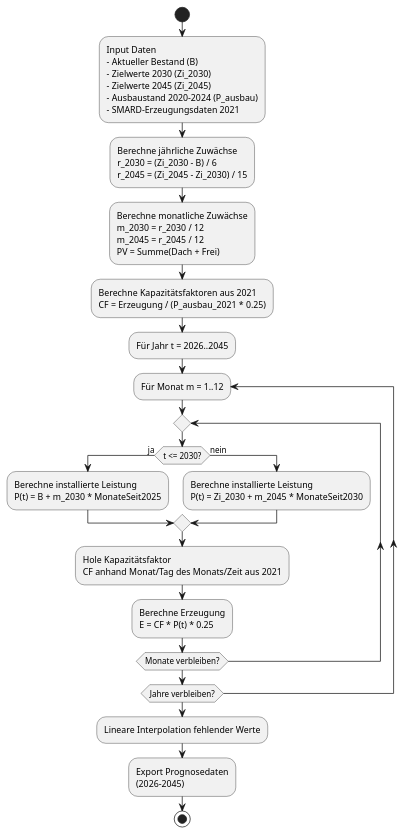
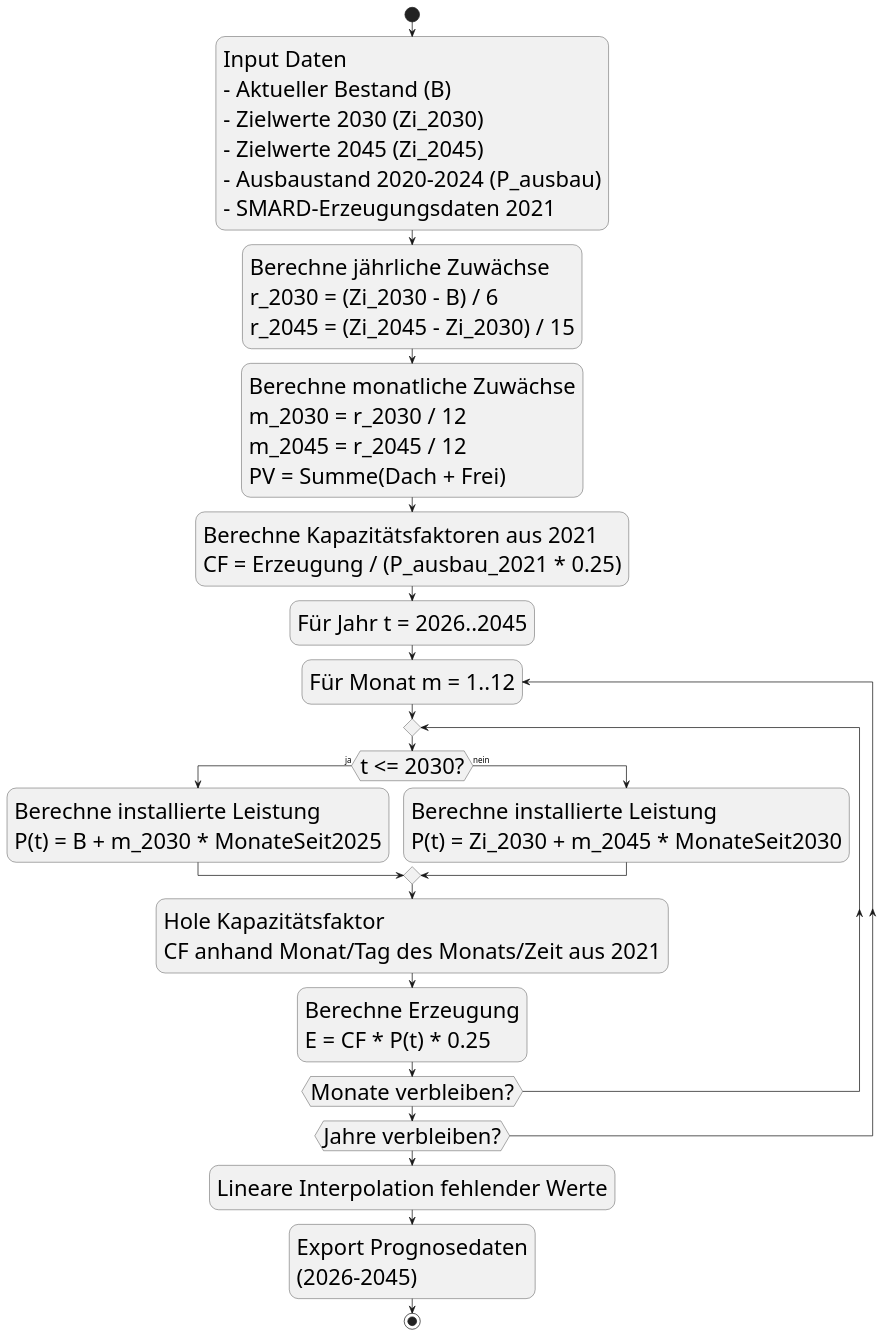
Before and after one commit to gitroi/IPJ1-Pottkieker: the diagram in Sonstiges/UML_Diagramme/Erzeugungsprognose.plantuml, drawn with PlantUML. The commit also changed 3 other files, not shown here.

Commit message:
Diagramme überarbeitet

```diff
--- a/Sonstiges/UML_Diagramme/Erzeugungsprognose.plantuml
+++ b/Sonstiges/UML_Diagramme/Erzeugungsprognose.plantuml
@@ -1,51 +1,52 @@
 @startuml Erzeugungsprognose
+skinparam ActivityFontSize 30
 start
 
 :Input Daten
 - Aktueller Bestand (B)
 - Zielwerte 2030 (Zi_2030)
 - Zielwerte 2045 (Zi_2045)
 - Ausbaustand 2020-2024 (P_ausbau)
 - SMARD-Erzeugungsdaten 2021;
 
 :Berechne jährliche Zuwächse
 r_2030 = (Zi_2030 - B) / 6
 r_2045 = (Zi_2045 - Zi_2030) / 15;
 
 :Berechne monatliche Zuwächse
 m_2030 = r_2030 / 12
 m_2045 = r_2045 / 12
 PV = Summe(Dach + Frei);
 
 :Berechne Kapazitätsfaktoren aus 2021
 CF = Erzeugung / (P_ausbau_2021 * 0.25);
 
  :Für Jahr t = 2026..2045;
 repeat :Für Monat m = 1..12;
 
   repeat  
 
 if (t <= 2030?) then (ja)
       :Berechne installierte Leistung
       P(t) = B + m_2030 * MonateSeit2025;
     else (nein)
       :Berechne installierte Leistung
       P(t) = Zi_2030 + m_2045 * MonateSeit2030;
     endif
 
     :Hole Kapazitätsfaktor
     CF anhand Monat/Tag des Monats/Zeit aus 2021;
 
     :Berechne Erzeugung
     E = CF * P(t) * 0.25;
 
   repeat while (Monate verbleiben?) 
 repeat while (Jahre verbleiben?)
 
 :Lineare Interpolation fehlender Werte;
 
 :Export Prognosedaten
 (2026–2045);
 
 stop
 @enduml
```
